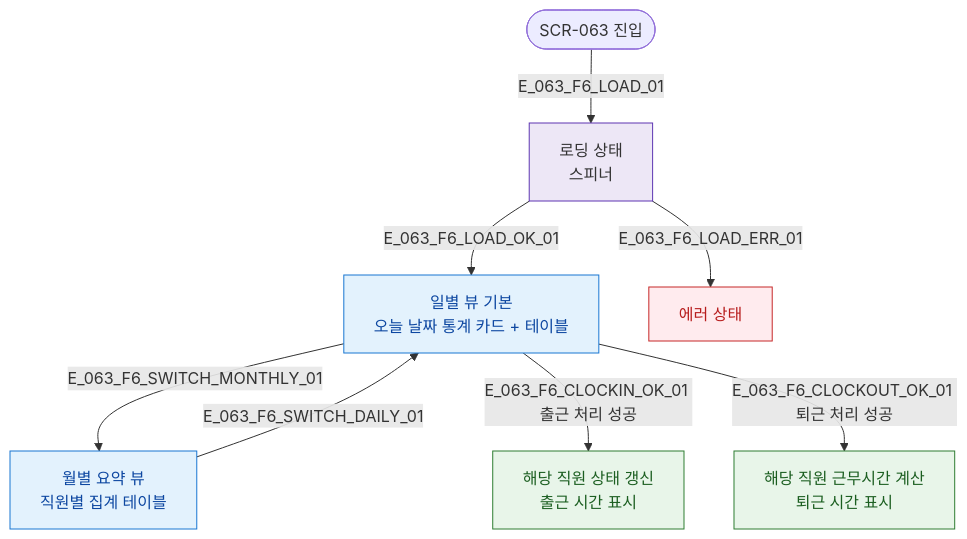
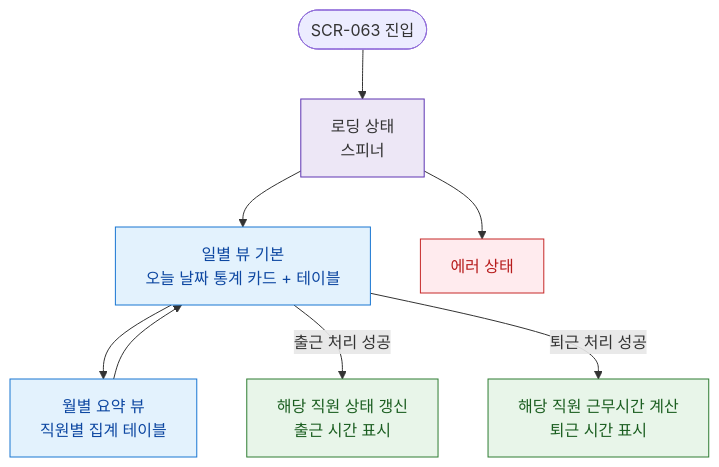
One commit to dev-spogym/admin-pando changed the diagram in docs/다이어그램/D07_직원관리/SCR-063_직원근태관리/F6_상태별화면.md. Above: the diagram before and after it, drawn with Mermaid. The commit also changed other lines of this file and 1660 other files, not shown here.

First line of the commit message:
다이어그램: 기획자/클라이언트 납품본으로 정리

````diff
--- a/docs/다이어그램/D07_직원관리/SCR-063_직원근태관리/F6_상태별화면.md
+++ b/docs/다이어그램/D07_직원관리/SCR-063_직원근태관리/F6_상태별화면.md
@@ -18,25 +16,25 @@
 ```mermaid
 flowchart TD
   ENTER([SCR-063 진입])
 
-  ENTER -->|E_063_F6_LOAD_01| STATE_LOADING[로딩 상태\n스피너]
-  STATE_LOADING -->|E_063_F6_LOAD_OK_01| STATE_DAILY[일별 뷰 기본\n오늘 날짜 통계 카드 + 테이블]
-  STATE_LOADING -->|E_063_F6_LOAD_ERR_01| STATE_ERR[에러 상태]
+  ENTER --> STATE_LOADING[로딩 상태\n스피너]
+  STATE_LOADING --> STATE_DAILY[일별 뷰 기본\n오늘 날짜 통계 카드 + 테이블]
+  STATE_LOADING --> STATE_ERR[에러 상태]
 
-  STATE_DAILY -->|E_063_F6_SWITCH_MONTHLY_01| STATE_MONTHLY[월별 요약 뷰\n직원별 집계 테이블]
-  STATE_MONTHLY -->|E_063_F6_SWITCH_DAILY_01| STATE_DAILY
+  STATE_DAILY --> STATE_MONTHLY[월별 요약 뷰\n직원별 집계 테이블]
+  STATE_MONTHLY --> STATE_DAILY
 
-  STATE_DAILY -->|E_063_F6_CLOCKIN_OK_01 출근 처리 성공| STATE_CLOCKIN_DONE[해당 직원 상태 갱신\n출근 시간 표시]
-  STATE_DAILY -->|E_063_F6_CLOCKOUT_OK_01 퇴근 처리 성공| STATE_CLOCKOUT_DONE[해당 직원 근무시간 계산\n퇴근 시간 표시]
+  STATE_DAILY -->|출근 처리 성공|STATE_CLOCKIN_DONE[해당 직원 상태 갱신\n출근 시간 표시]
+  STATE_DAILY -->|퇴근 처리 성공|STATE_CLOCKOUT_DONE[해당 직원 근무시간 계산\n퇴근 시간 표시]
 
-  classDef screen  fill:#E3F2FD,stroke:#1976D2,color:#0D47A1
-  classDef system  fill:#EDE7F6,stroke:#5E35B2
-  classDef error   fill:#FFEBEE,stroke:#C62828,color:#B71C1C
+  classDef screen fill:#E3F2FD,stroke:#1976D2,color:#0D47A1
+  classDef system fill:#EDE7F6,stroke:#5E35B2
+  classDef error fill:#FFEBEE,stroke:#C62828,color:#B71C1C
   classDef success fill:#E8F5E9,stroke:#2E7D32,color:#1B5E20
-  classDef info    fill:#E0F7FA,stroke:#00838F
+  classDef info fill:#E0F7FA,stroke:#00838F
 
   class STATE_DAILY,STATE_MONTHLY screen
   class STATE_LOADING system
   class STATE_ERR error
   class STATE_CLOCKIN_DONE,STATE_CLOCKOUT_DONE success
 ```
````
